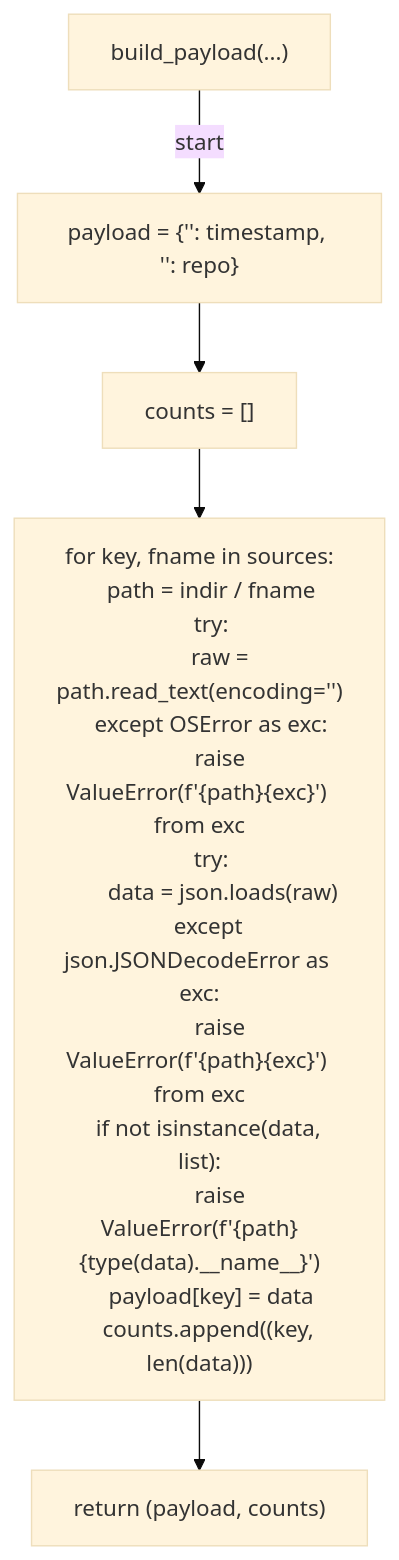
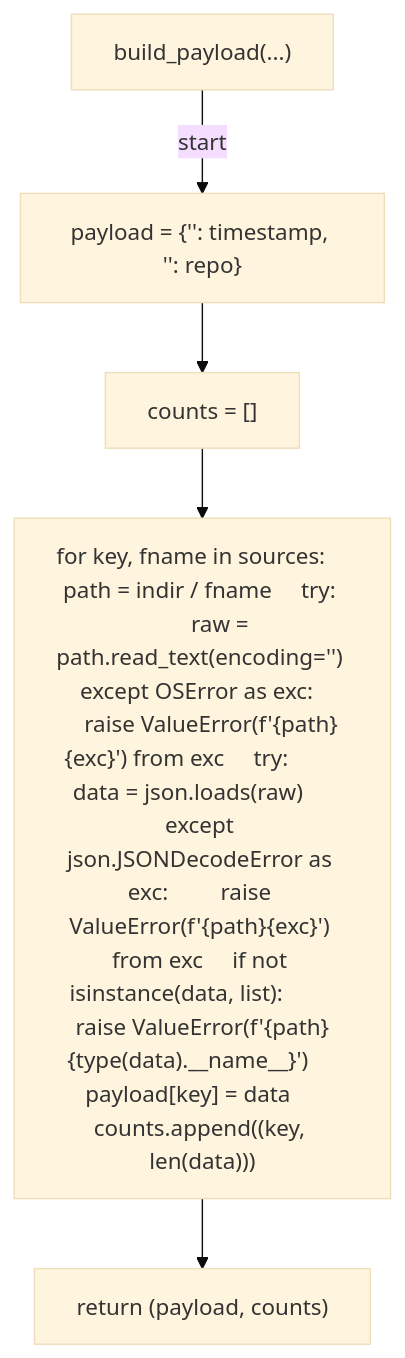
Before and after one commit to tvna/claude-md: the first of 4 diagrams in docs/generated/scripts/ast/backup_archive.md, drawn with Mermaid (base theme). The commit also changed other lines of this file and 20 other files, not shown here.

First line of the commit message:
docs(generated): regenerate decision tree and workflow diagrams (batch 1/5)

````diff
--- a/docs/generated/scripts/ast/backup_archive.md
+++ b/docs/generated/scripts/ast/backup_archive.md
@@ -7,25 +7,12 @@
 ```mermaid
 flowchart TD
     N001["build_payload(...)"]
     N002["payload = {'<str>': timestamp, '<str>': repo}"]
     N003["counts = []"]
-    N004["for key, fname in sources:
-    path = indir / fname
-    try:
-        raw = path.read_text(encoding='<str>')
-    except OSError as exc:
-        raise ValueError(f'<str>{path}<str>{exc}<str>') from exc
-    try:
-        data = json.loads(raw)
-    except json.JSONDecodeError as exc:
-        raise ValueError(f'<str>{path}<str>{exc}') from exc
-    if not isinstance(data, list):
-        raise ValueError(f'<str>{path}<str>{type(data).__name__}')
-    payload[key] = data
-    counts.append((key, len(data)))"]
+    N004["for key, fname in sources:     path = indir / fname     try:         raw = path.read_text(encoding='<str>')     except OSError as exc:         raise ValueError(f'<str>{path}<str>{exc}<str>') from exc     try:         data = json.loads(raw)     except json.JSONDecodeError as exc:         raise ValueError(f'<str>{path}<str>{exc}') from exc     if not isinstance(data, list):         raise ValueError(f'<str>{path}<str>{type(data).__name__}')     payload[key] = data     counts.append((key, len(data)))"]
     N005["return (payload, counts)"]
     N001 -->|"start"| N002
     N002 --> N003
     N003 --> N004
     N004 --> N005
 ```
````
